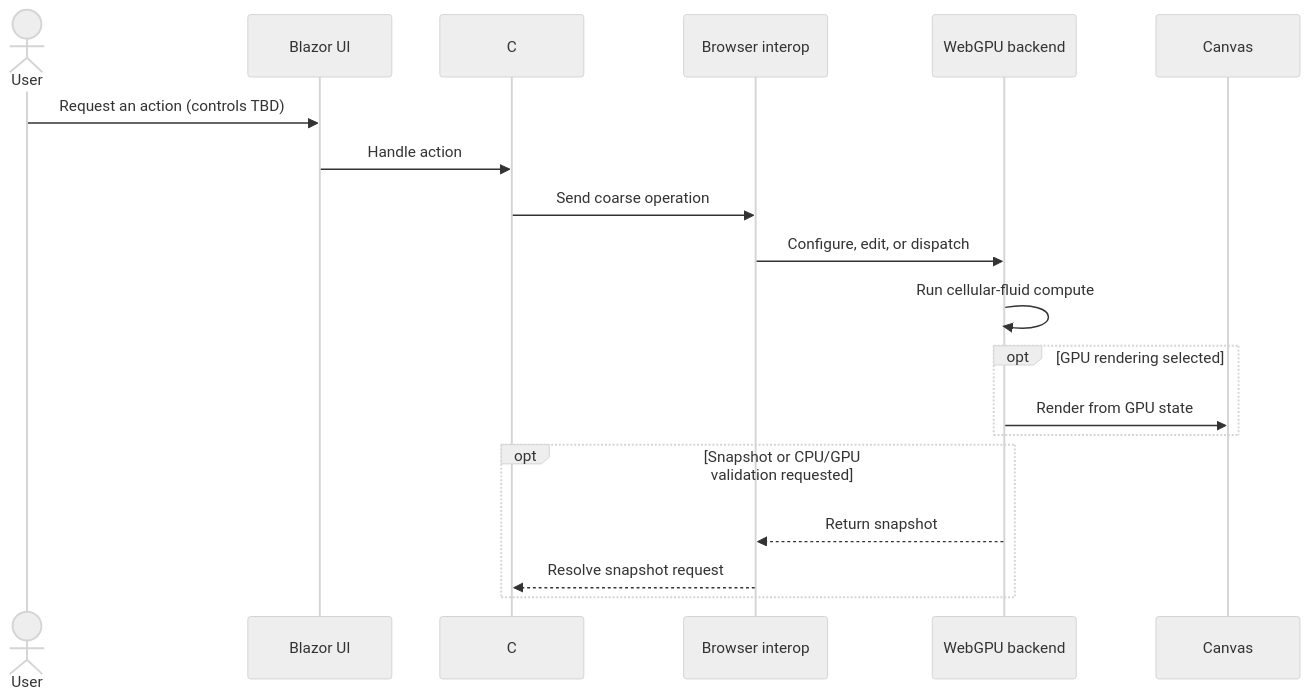
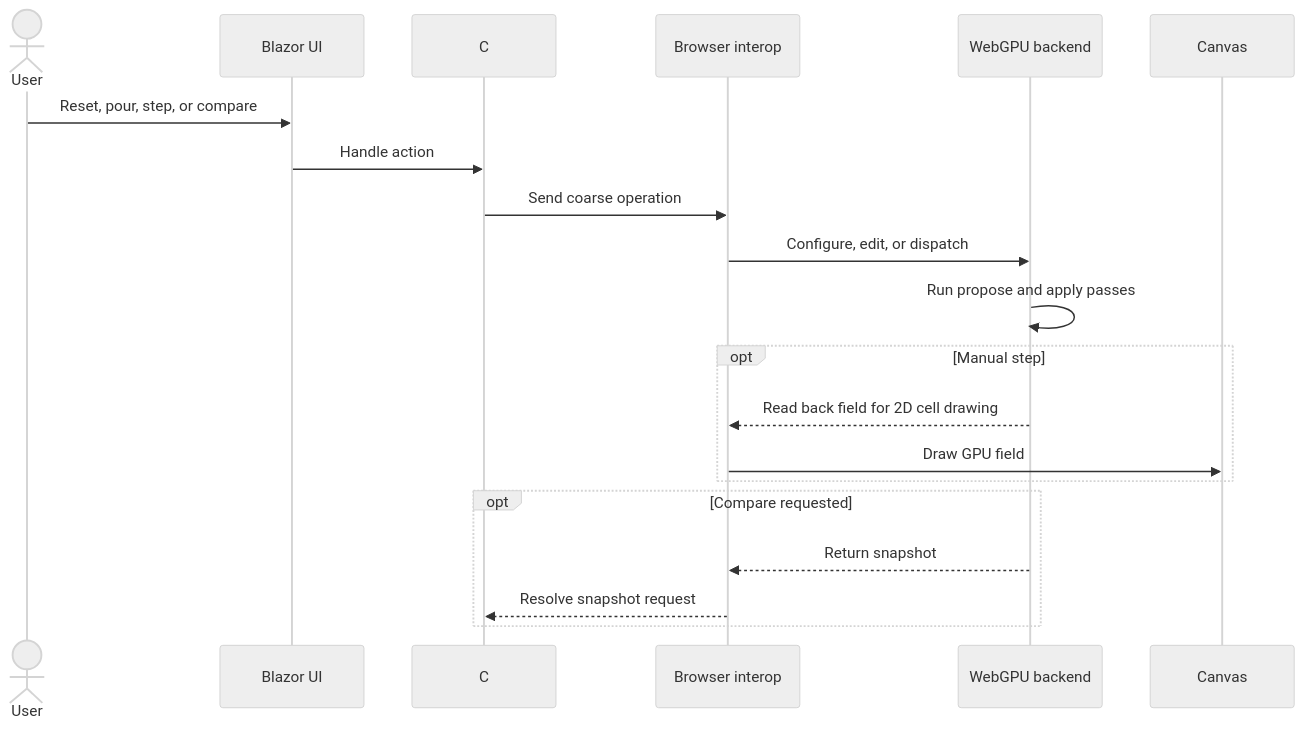
One commit to Dorian-Klingenberg/watershed changed the second of 2 diagrams in projects/grannys-house-trials/webgpu-fluid-sandbox/README.md. Above: the diagram before and after it, drawn with Mermaid (neutral theme). The commit also changed other lines of this file and 8 other files, not shown here.

````diff
--- a/projects/grannys-house-trials/webgpu-fluid-sandbox/README.md
+++ b/projects/grannys-house-trials/webgpu-fluid-sandbox/README.md
@@ -58,22 +59,23 @@
 ```mermaid
 sequenceDiagram
     actor User
     participant UI as Blazor UI
     participant App as C# application
     participant Bridge as Browser interop
     participant GPU as WebGPU backend
     participant View as Canvas
 
-    User->>UI: Request an action (controls TBD)
+    User->>UI: Reset, pour, step, or compare
     UI->>App: Handle action
     App->>Bridge: Send coarse operation
     Bridge->>GPU: Configure, edit, or dispatch
-    GPU->>GPU: Run cellular-fluid compute
-    opt GPU rendering selected
-        GPU->>View: Render from GPU state
+    GPU->>GPU: Run propose and apply passes
+    opt Manual step
+        GPU-->>Bridge: Read back field for 2D cell drawing
+        Bridge->>View: Draw GPU field
     end
-    opt Snapshot or CPU/GPU validation requested
+    opt Compare requested
         GPU-->>Bridge: Return snapshot
         Bridge-->>App: Resolve snapshot request
     end
 ```
````
